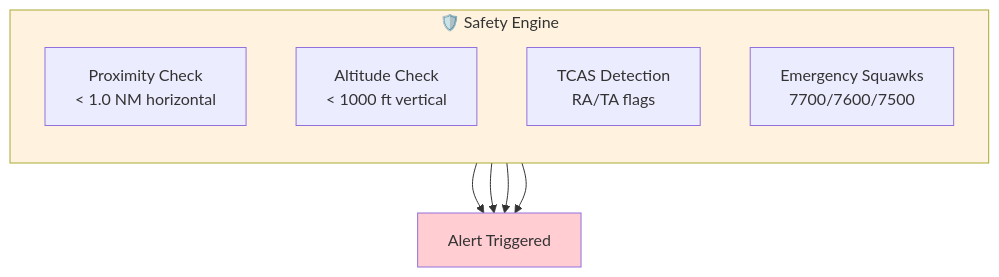
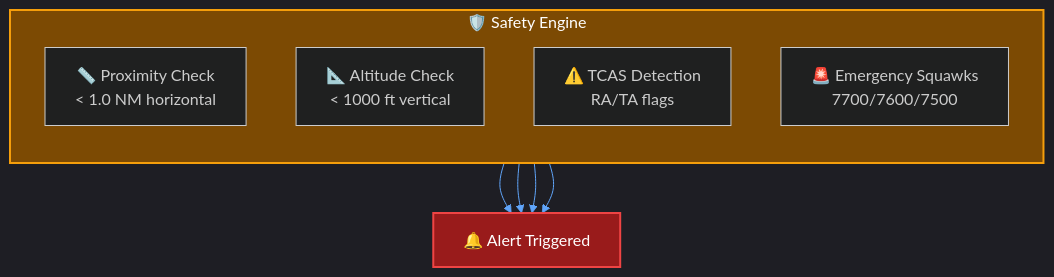
One commit to CHA0S-CORP/SkySpyDocs changed the second of 3 diagrams in docs/Getting Started/configuration.md. Above: the diagram before and after it, drawn with Mermaid. The commit also changed other lines of this file and 11 other files, not shown here.

````diff
--- a/docs/Getting Started/configuration.md
+++ b/docs/Getting Started/configuration.md
@@ -66,18 +67,19 @@
 ```mermaid
+%%{init: {'theme': 'dark', 'themeVariables': { 'primaryColor': '#1e3a5f', 'primaryTextColor': '#fff', 'primaryBorderColor': '#3b82f6', 'lineColor': '#60a5fa'}}}%%
 flowchart TB
     subgraph Safety["🛡️ Safety Engine"]
         direction TB
-        PROX["Proximity Check<br/>< 1.0 NM horizontal"]
-        ALT["Altitude Check<br/>< 1000 ft vertical"]
-        TCAS["TCAS Detection<br/>RA/TA flags"]
-        EMER["Emergency Squawks<br/>7700/7600/7500"]
+        PROX["📏 Proximity Check<br/>< 1.0 NM horizontal"]
+        ALT["📐 Altitude Check<br/>< 1000 ft vertical"]
+        TCAS["⚠️ TCAS Detection<br/>RA/TA flags"]
+        EMER["🚨 Emergency Squawks<br/>7700/7600/7500"]
     end
 
-    PROX --> ALERT[Alert Triggered]
+    PROX --> ALERT["🔔 Alert Triggered"]
     ALT --> ALERT
     TCAS --> ALERT
     EMER --> ALERT
 
-    style Safety fill:#fff3e0
-    style ALERT fill:#ffcdd2
+    style Safety fill:#7c4a03,stroke:#f59e0b,stroke-width:2px,color:#fff
+    style ALERT fill:#991b1b,stroke:#ef4444,stroke-width:2px,color:#fff
 ```
````
